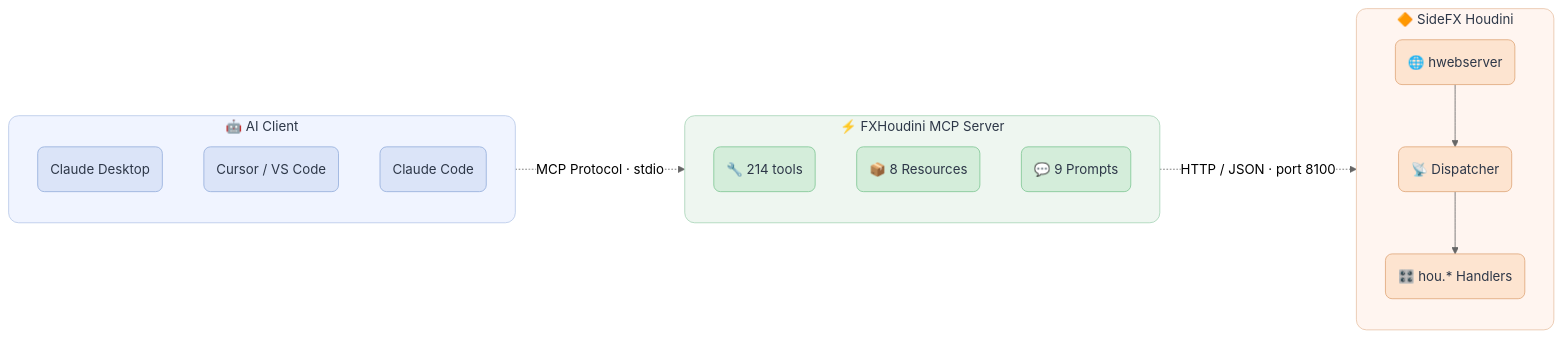
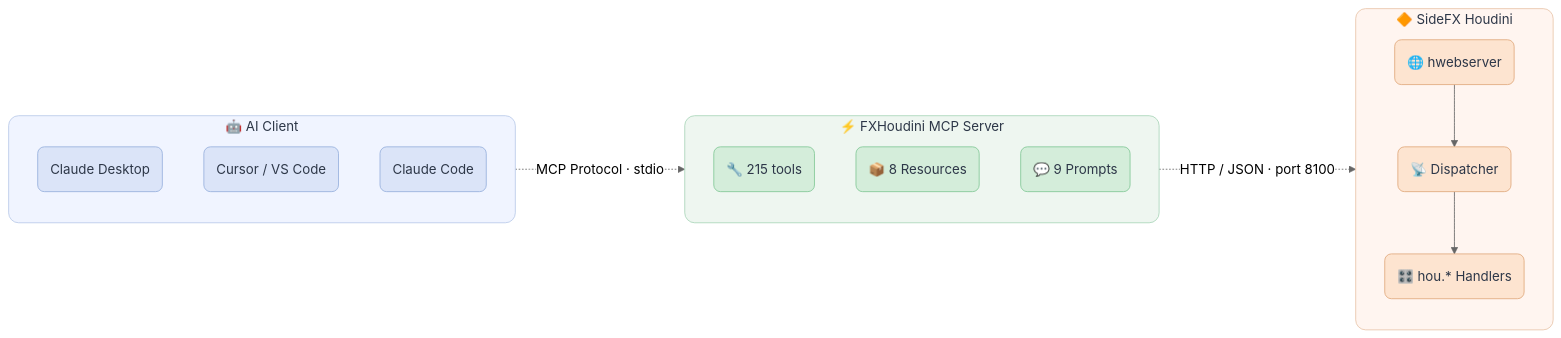
The diagram in README.md (d-potrivaev/fxhoudinimcp), drawn with Mermaid (neutral theme) before and after one commit. The commit also changed other lines of this file and 11 other files, not shown here.

````diff
--- a/README.md
+++ b/README.md
@@ -81,42 +81,42 @@
 ```mermaid
 flowchart LR
     subgraph Client[" 🤖 AI Client "]
         direction TB
         A1("Claude Desktop")
         A2("Cursor / VS Code")
         A3("Claude Code")
     end
 
     subgraph MCP[" ⚡ FXHoudini MCP Server "]
         direction TB
-        B1("🔧 214 tools")
+        B1("🔧 215 tools")
         B2("📦 8 Resources")
         B3("💬 9 Prompts")
     end
 
     subgraph Houdini[" 🔶 SideFX Houdini "]
         direction TB
         C1("🌐 hwebserver")
         C2("📡 Dispatcher")
         C3("🎛️ hou.* Handlers")
         C1 --> C2 --> C3
     end
 
     Client -. "MCP Protocol · stdio" .-> MCP
     MCP -. "HTTP / JSON · port 8100" .-> Houdini
 
     classDef clientBox fill:#f0f4ff,stroke:#b8c9e8,stroke-width:1px,color:#2d3748,rx:12,ry:12
     classDef mcpBox fill:#eef6f0,stroke:#a8d5b8,stroke-width:1px,color:#2d3748,rx:12,ry:12
     classDef houdiniBox fill:#fff5f0,stroke:#e8c4a8,stroke-width:1px,color:#2d3748,rx:12,ry:12
 
     classDef clientNode fill:#dbe4f8,stroke:#96b0dc,stroke-width:1px,color:#2d3748,rx:8,ry:8
     classDef mcpNode fill:#d4edda,stroke:#82c896,stroke-width:1px,color:#2d3748,rx:8,ry:8
     classDef houdiniNode fill:#fde4d0,stroke:#e0a87c,stroke-width:1px,color:#2d3748,rx:8,ry:8
 
     class Client clientBox
     class MCP mcpBox
     class Houdini houdiniBox
     class A1,A2,A3 clientNode
     class B1,B2,B3 mcpNode
     class C1,C2,C3 houdiniNode
 ```
````
